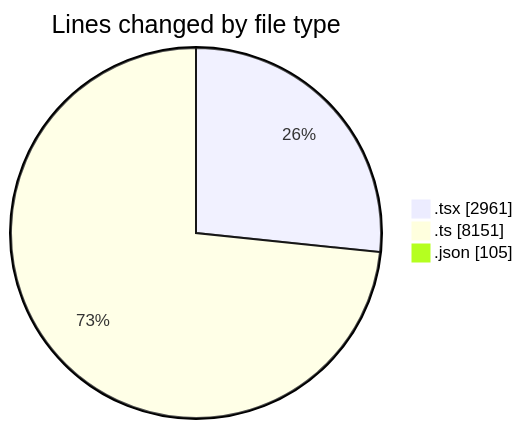
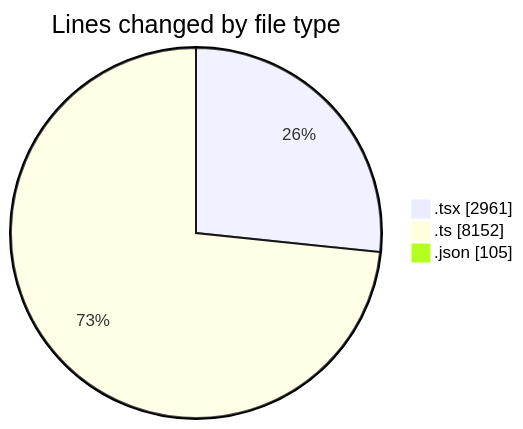
One commit to momahboobian/code-tracking changed the first of 2 diagrams in 2025-07-09/cda/README.md. Above: the diagram before and after it, drawn with Mermaid. The commit also changed other lines of this file and 1 other file, not shown here.

````diff
--- a/2025-07-09/cda/README.md
+++ b/2025-07-09/cda/README.md
@@ -32,7 +32,7 @@
 ```mermaid
 pie showData
 title Lines changed by file type
 ".tsx" : 2961
-".ts" : 8151
+".ts" : 8152
 ".json" : 105
 ```
````
